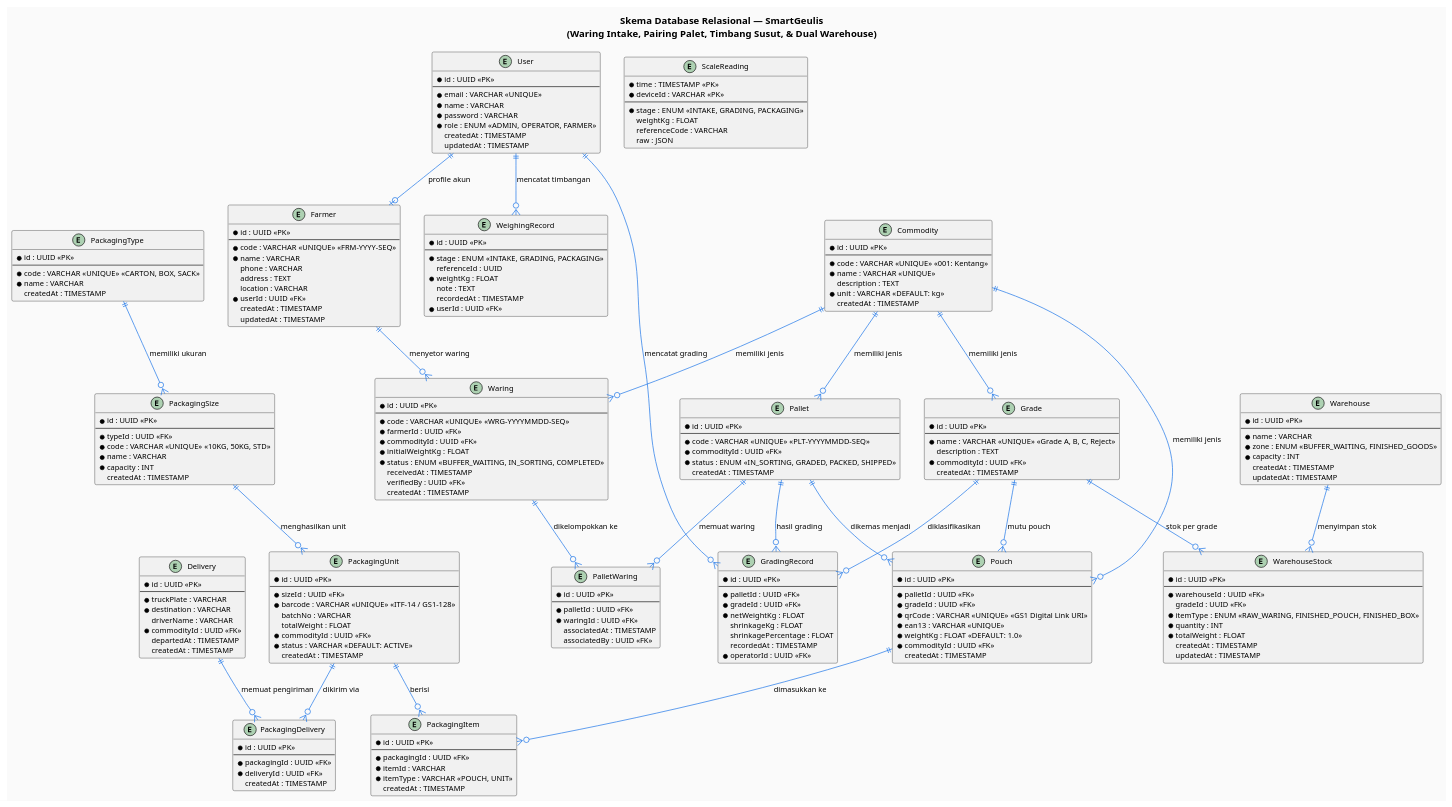
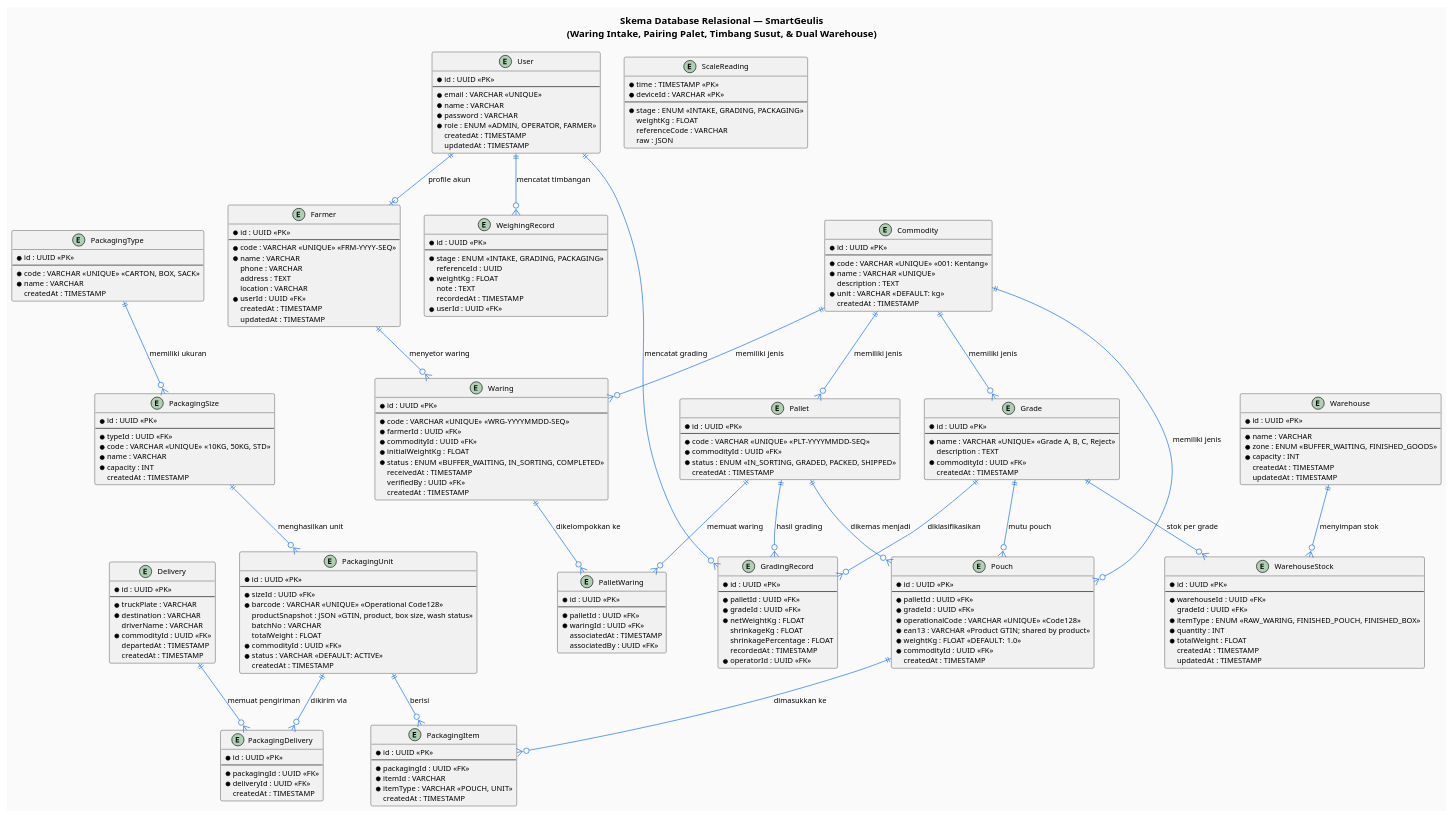
One commit to Rezen351/smarthub changed the third of 3 diagrams in docs/DIAGRAM.md. Above: the diagram before and after it, drawn with PlantUML. The commit also changed other lines of this file and 1 other file, not shown here.

```diff
--- a/docs/DIAGRAM.md
+++ b/docs/DIAGRAM.md
@@ -495,8 +501,8 @@
   --
   *palletId : UUID <<FK>>
   *gradeId : UUID <<FK>>
-  *qrCode : VARCHAR <<UNIQUE>> <<GS1 Digital Link URI>>
-  *ean13 : VARCHAR <<UNIQUE>>
+  *operationalCode : VARCHAR <<UNIQUE>> <<Code128>>
+  *ean13 : VARCHAR <<Product GTIN; shared by product>>
   *weightKg : FLOAT <<DEFAULT: 1.0>>
   *commodityId : UUID <<FK>>
   createdAt : TIMESTAMP
@@ -550,7 +556,8 @@
   *id : UUID <<PK>>
   --
   *sizeId : UUID <<FK>>
-  *barcode : VARCHAR <<UNIQUE>> <<ITF-14 / GS1-128>>
+  *barcode : VARCHAR <<UNIQUE>> <<Operational Code128>>
+  productSnapshot : JSON <<GTIN, product, box size, wash status>>
   batchNo : VARCHAR
   totalWeight : FLOAT
   *commodityId : UUID <<FK>>
```
